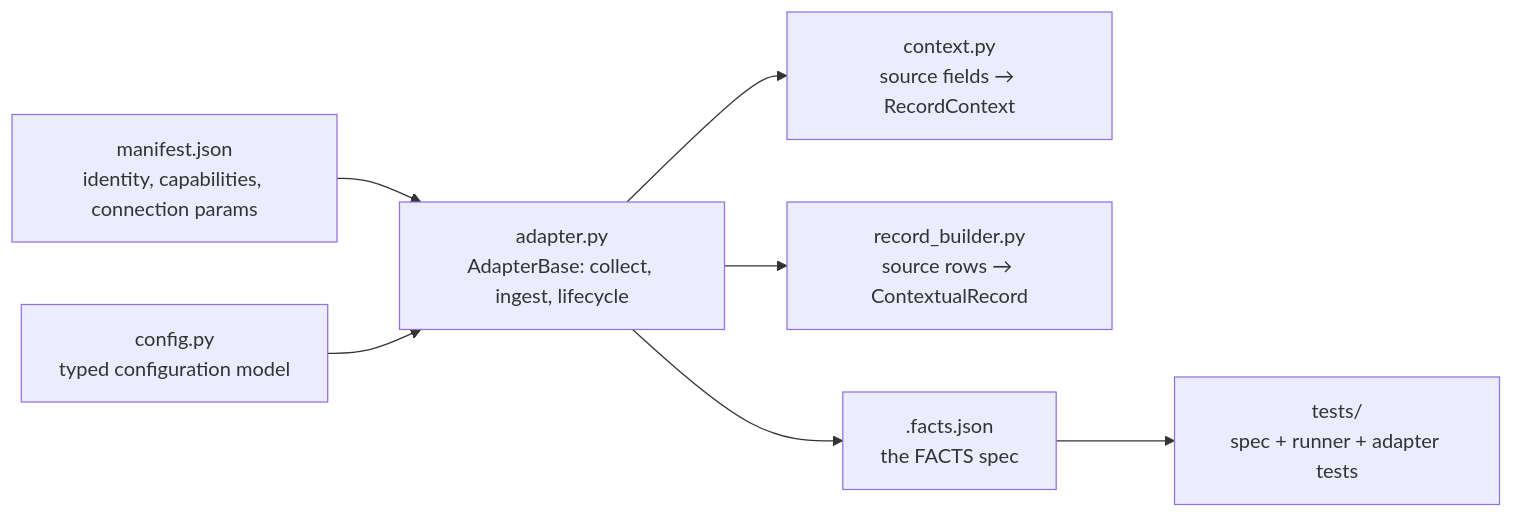
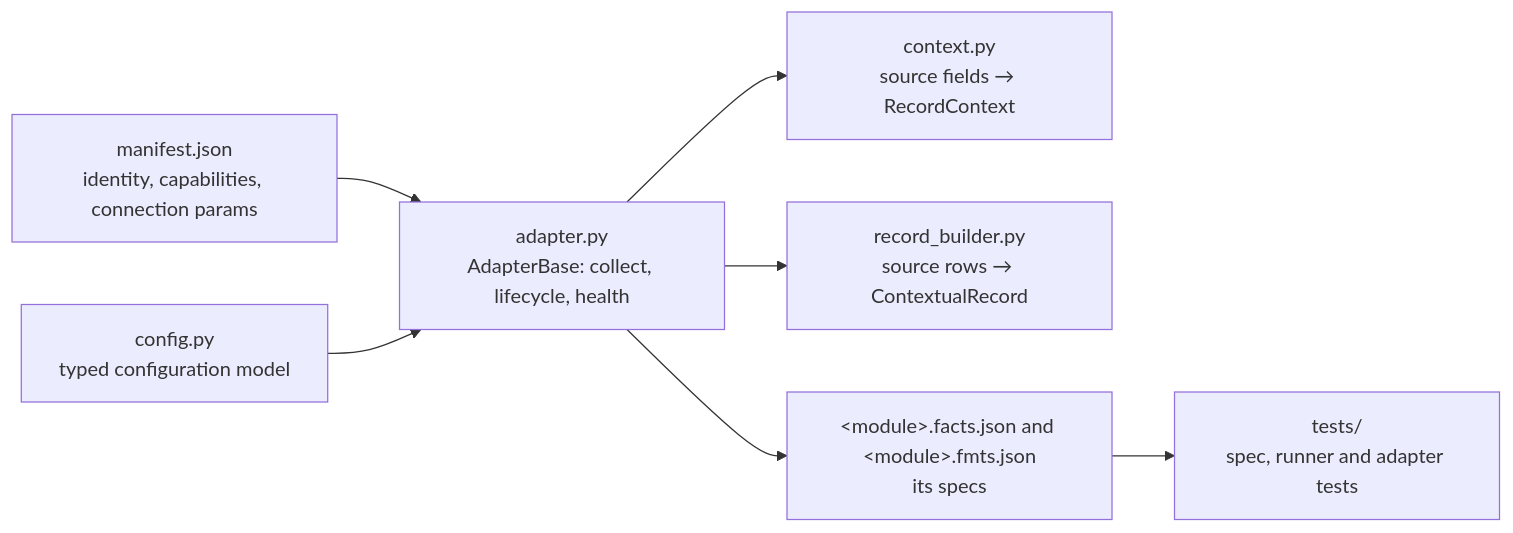
Before and after one commit to reh3376/forge: diagram 14 of 26 in docs/tutorial.md, drawn with Mermaid. The commit also changed other lines of this file, not shown here.

````diff
--- a/docs/tutorial.md
+++ b/docs/tutorial.md
@@ -1107,9 +1280,9 @@
 ```mermaid
 flowchart LR
-  MF["manifest.json<br/>identity, capabilities, connection params"] --> A["adapter.py<br/>AdapterBase: collect, ingest, lifecycle"]
+  MF["manifest.json<br/>identity, capabilities, connection params"] --> A["adapter.py<br/>AdapterBase: collect, lifecycle, health"]
   CF["config.py<br/>typed configuration model"] --> A
   A --> CX["context.py<br/>source fields → RecordContext"]
   A --> RB["record_builder.py<br/>source rows → ContextualRecord"]
-  A --> SP["<spoke>.facts.json<br/>the FACTS spec"]
-  SP --> T["tests/<br/>spec + runner + adapter tests"]
+  A --> SP["&lt;module&gt;.facts.json and &lt;module&gt;.fmts.json<br/>its specs"]
+  SP --> T["tests/<br/>spec, runner and adapter tests"]
 ```
````
